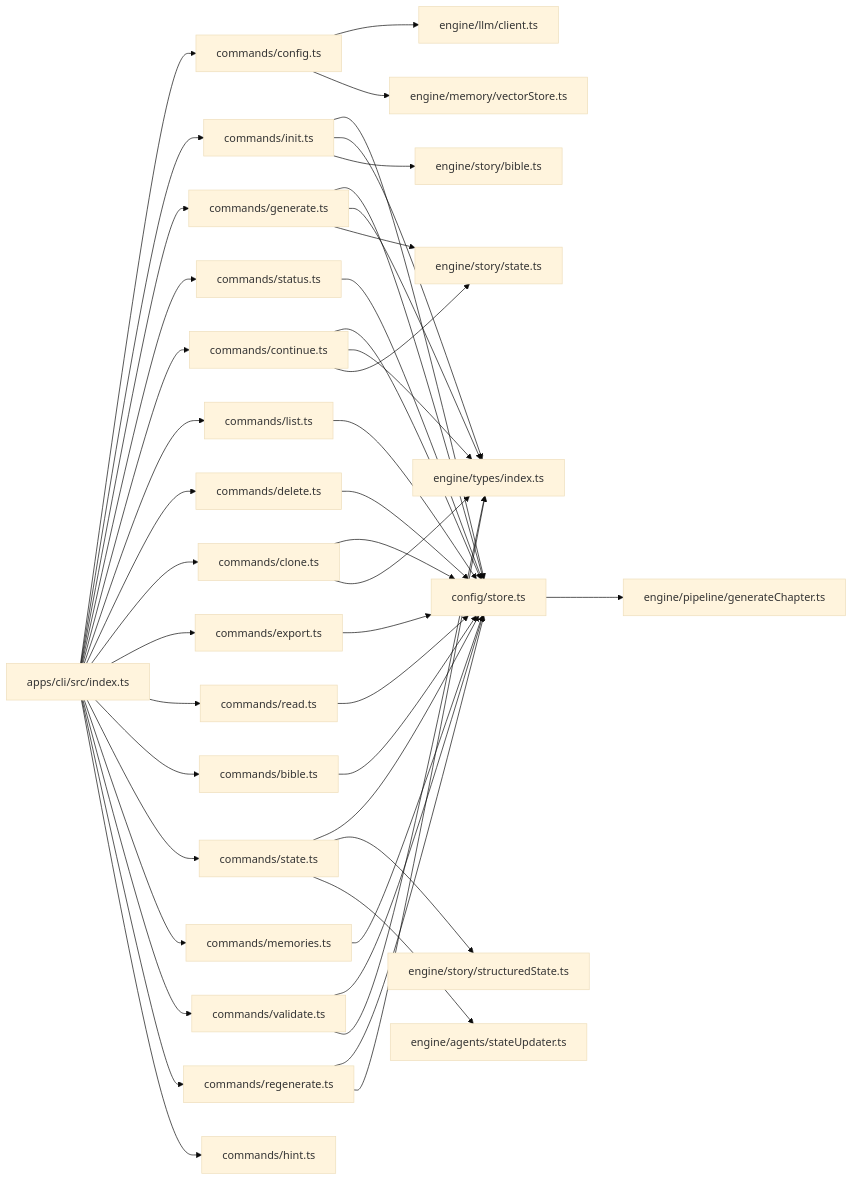
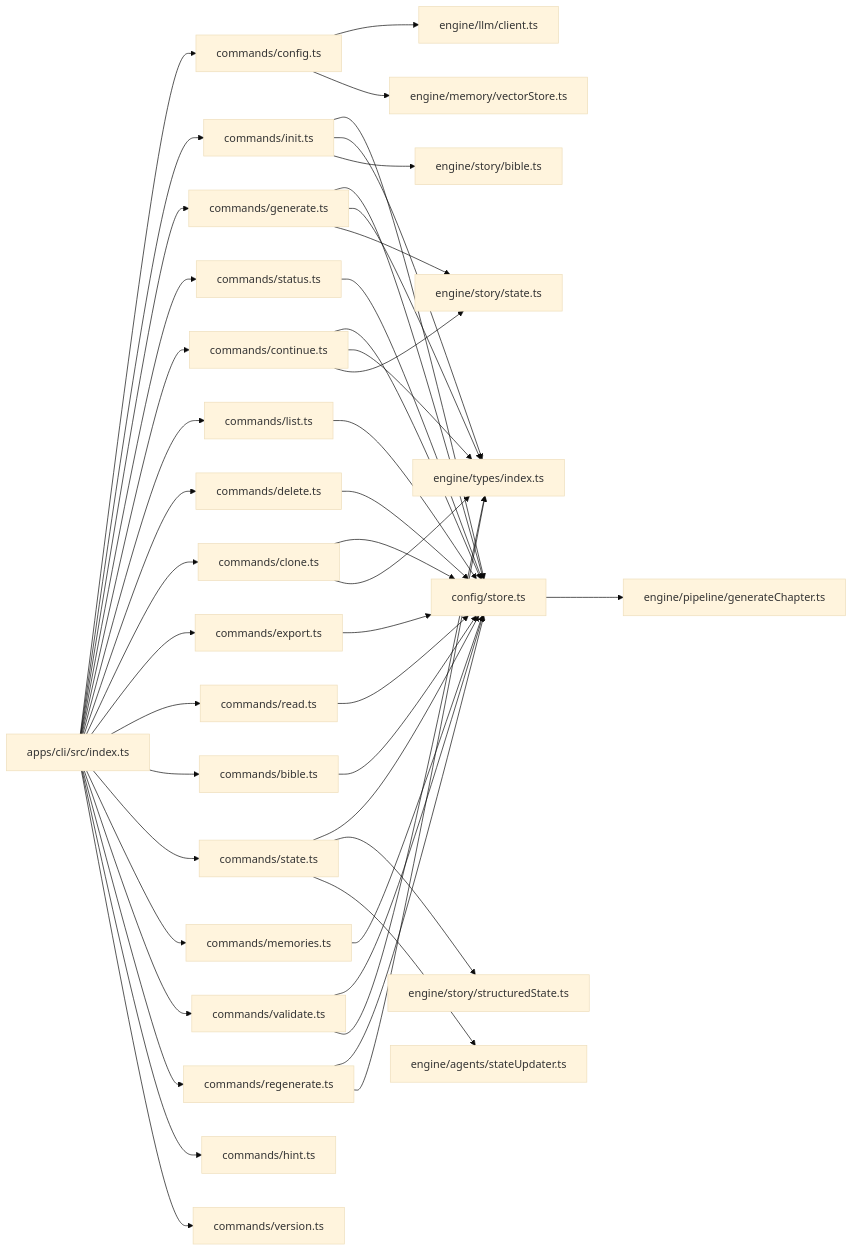
Before and after one commit to liwonder/NARRITIVE_OS: the third of 4 diagrams in .qoder/repowiki/en/content/CLI Command Reference.md, drawn with Mermaid (base theme). The commit also changed other lines of this file and 4 other files, not shown here.

Commit message:
wiki and full flow test case

````diff
--- a/.qoder/repowiki/en/content/CLI Command Reference.md
+++ b/.qoder/repowiki/en/content/CLI Command Reference.md
@@ -717,47 +772,48 @@
 ```mermaid
 graph LR
 CLI_INDEX["apps/cli/src/index.ts"] --> CMD_CONFIG["commands/config.ts"]
 CLI_INDEX --> CMD_INIT["commands/init.ts"]
 CLI_INDEX --> CMD_GENERATE["commands/generate.ts"]
 CLI_INDEX --> CMD_STATUS["commands/status.ts"]
 CLI_INDEX --> CMD_CONTINUE["commands/continue.ts"]
 CLI_INDEX --> CMD_LIST["commands/list.ts"]
 CLI_INDEX --> CMD_DELETE["commands/delete.ts"]
 CLI_INDEX --> CMD_CLONE["commands/clone.ts"]
 CLI_INDEX --> CMD_EXPORT["commands/export.ts"]
 CLI_INDEX --> CMD_READ["commands/read.ts"]
 CLI_INDEX --> CMD_BIBLE["commands/bible.ts"]
 CLI_INDEX --> CMD_STATE["commands/state.ts"]
 CLI_INDEX --> CMD_MEMORIES["commands/memories.ts"]
 CLI_INDEX --> CMD_VALIDATE["commands/validate.ts"]
 CLI_INDEX --> CMD_REGENERATE["commands/regenerate.ts"]
 CLI_INDEX --> CMD_HINT["commands/hint.ts"]
+CLI_INDEX --> CMD_VERSION["commands/version.ts"]
 CMD_INIT --> STORE["config/store.ts"]
 CMD_GENERATE --> STORE
 CMD_STATUS --> STORE
 CMD_CONTINUE --> STORE
 CMD_LIST --> STORE
 CMD_DELETE --> STORE
 CMD_CLONE --> STORE
 CMD_EXPORT --> STORE
 CMD_READ --> STORE
 CMD_BIBLE --> STORE
 CMD_STATE --> STORE
 CMD_MEMORIES --> STORE
 CMD_VALIDATE --> STORE
 CMD_REGENERATE --> STORE
 CMD_INIT --> TYPES["engine/types/index.ts"]
 CMD_GENERATE --> TYPES
 CMD_CONTINUE --> TYPES
 CMD_CLONE --> TYPES
 CMD_REGENERATE --> TYPES
 CMD_VALIDATE --> TYPES
 CMD_INIT --> STORY_BIBLE["engine/story/bible.ts"]
 CMD_GENERATE --> STORY_STATE["engine/story/state.ts"]
 CMD_CONTINUE --> STORY_STATE
 CMD_STATE --> STRUCTURED_STATE["engine/story/structuredState.ts"]
 CMD_STATE --> STATE_UPDATER["engine/agents/stateUpdater.ts"]
 CMD_CONFIG --> ENGINE_CLIENT["engine/llm/client.ts"]
 CMD_CONFIG --> VECTOR_STORE["engine/memory/vectorStore.ts"]
 STORE --> GENERATE_PIPELINE["engine/pipeline/generateChapter.ts"]
 ```
````
